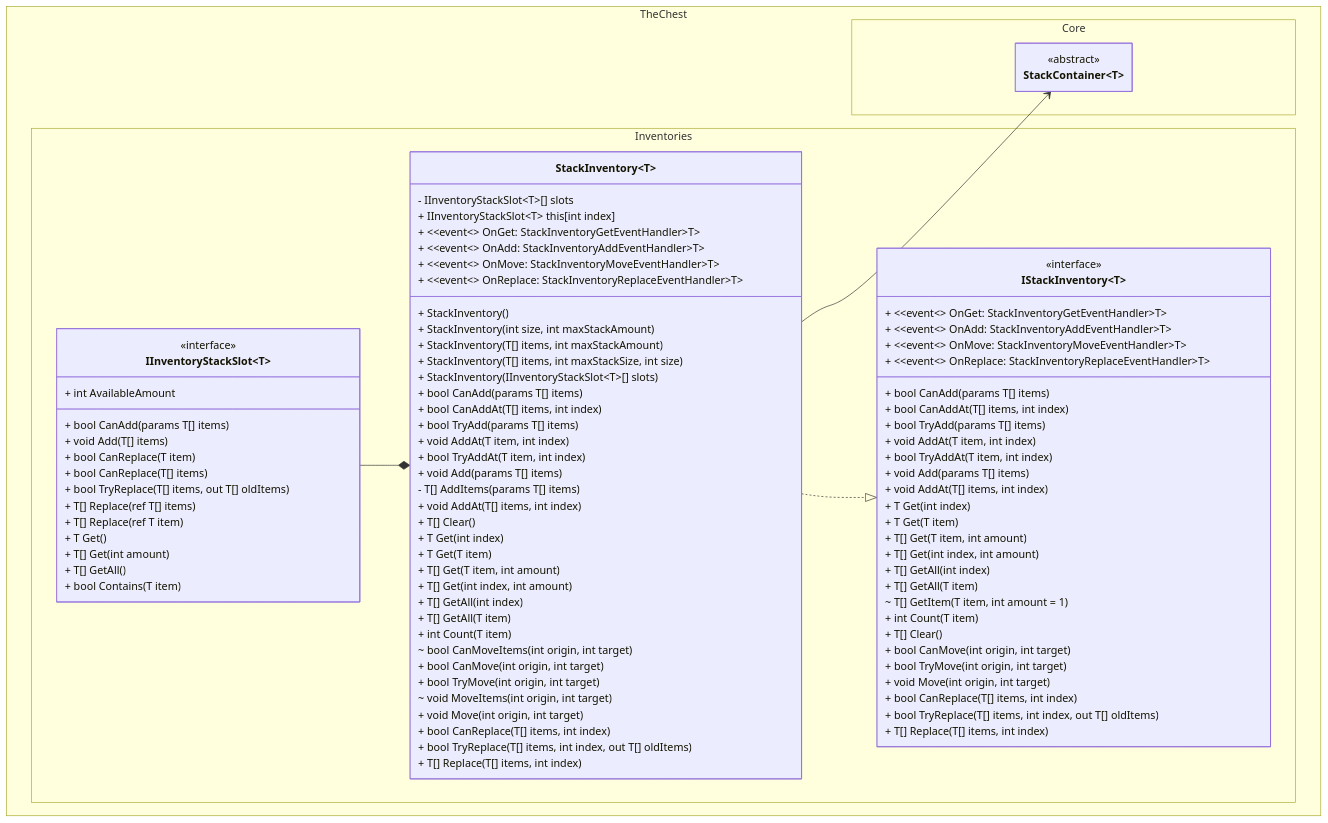
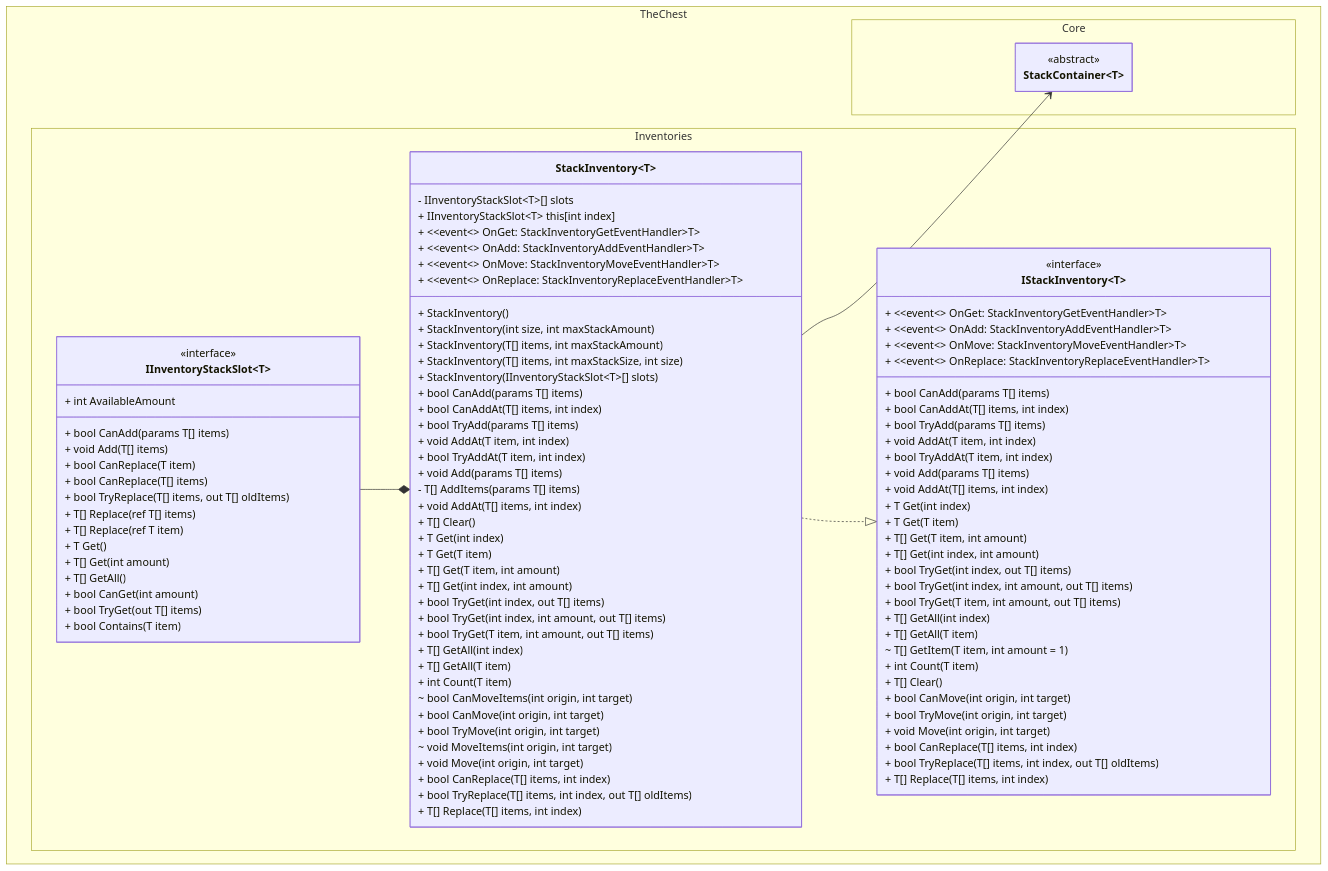
The first of 2 diagrams in docs/stack_inventory/class_diagram.md (The-Chest/TheChest.Inventories), drawn with Mermaid before and after one commit. The commit also changed other lines of this file and 11 other files, not shown here.

First line of the commit message:
Adds StackInventory TryGet and CanGet methods

```diff
--- a/docs/stack_inventory/class_diagram.md
+++ b/docs/stack_inventory/class_diagram.md
@@ -48,6 +48,9 @@
             + T Get(T item)
             + T[] Get(T item, int amount)
             + T[] Get(int index, int amount)
+            + bool TryGet(int index, out T[] items)
+            + bool TryGet(int index, int amount, out T[] items)
+            + bool TryGet(T item, int amount, out T[] items)
 
             + T[] GetAll(int index)
             + T[] GetAll(T item)
@@ -80,6 +83,8 @@
             + T Get()
             + T[] Get(int amount)
             + T[] GetAll()
+            + bool CanGet(int amount)
+            + bool TryGet(out T[] items)
 
             + bool Contains(T item)
         }
@@ -102,6 +107,9 @@
             + T Get(T item)
             + T[] Get(T item, int amount)
             + T[] Get(int index, int amount)
+            + bool TryGet(int index, out T[] items)
+            + bool TryGet(int index, int amount, out T[] items)
+            + bool TryGet(T item, int amount, out T[] items)
             + T[] GetAll(int index)
             + T[] GetAll(T item)
 	        ~ T[] GetItem(T item, int amount = 1)
```
